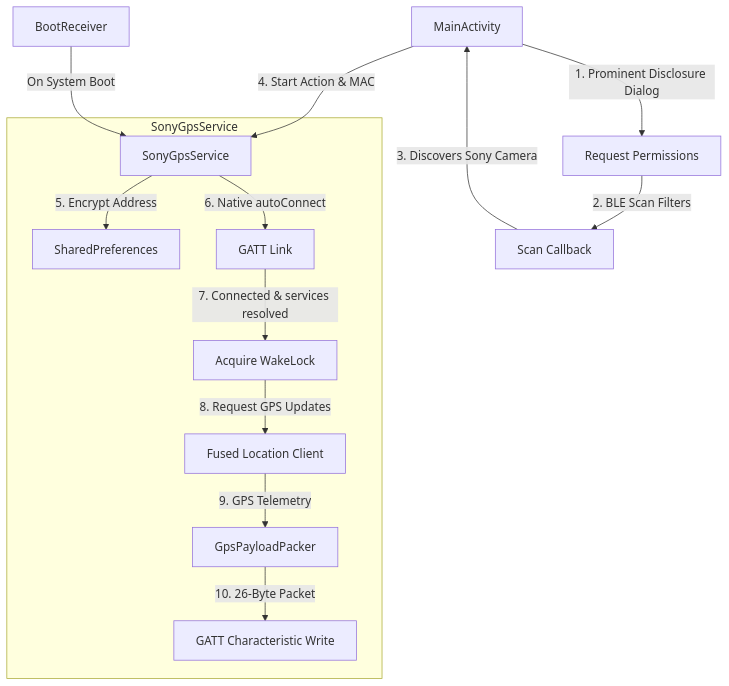
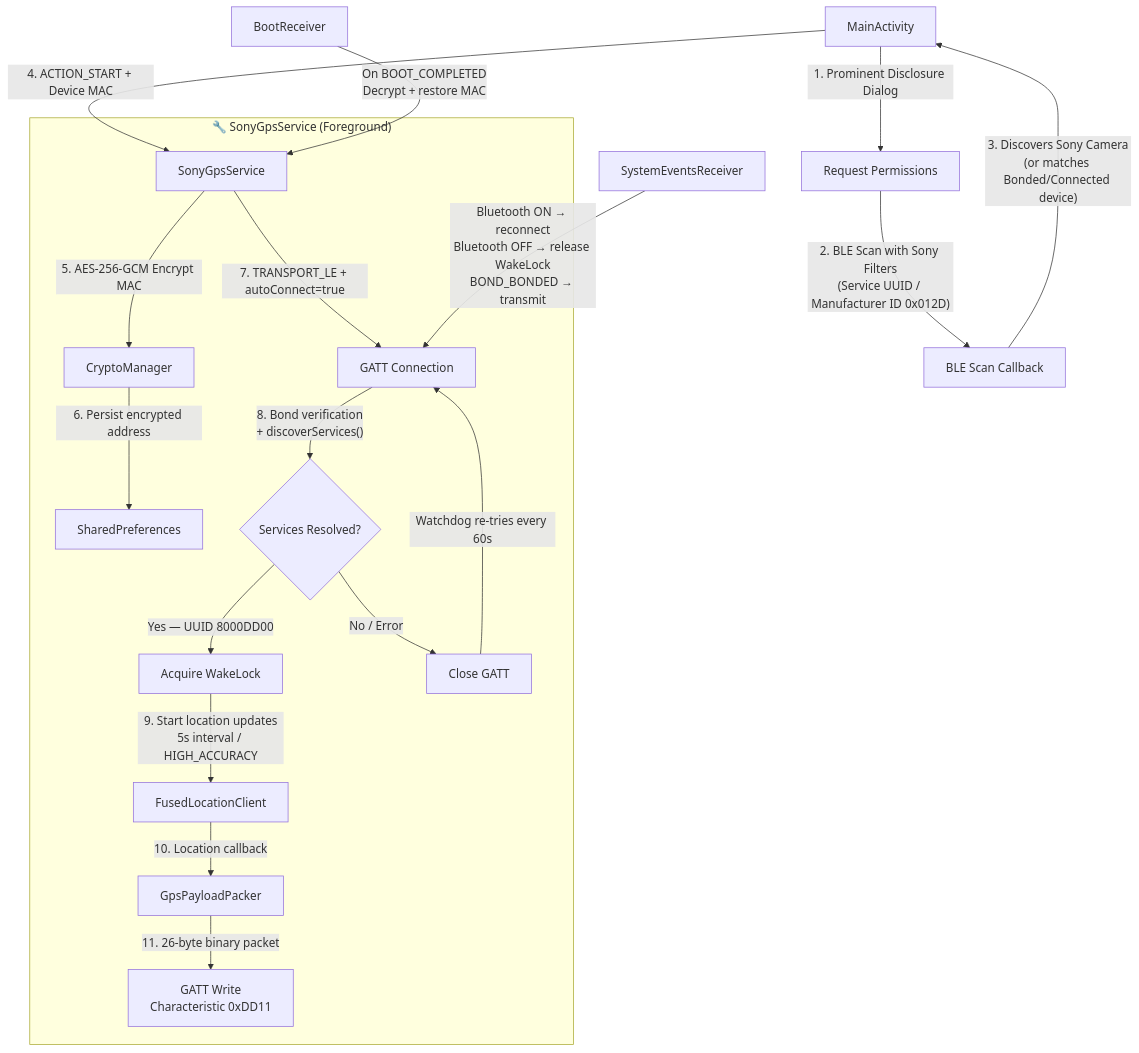
One commit to chifamba/smart-cam-helper changed the first of 2 diagrams in README.md. Above: the diagram before and after it, drawn with Mermaid. The commit also changed other lines of this file and 1 other file, not shown here.

Commit message:
docs: update system architecture documentation and diagrams

````diff
--- a/README.md
+++ b/README.md
@@ -20,18 +26,23 @@
 ```mermaid
 graph TD
-    A[MainActivity] -->|1. Prominent Disclosure Dialog| B[Request Permissions]
-    B -->|2. BLE Scan Filters| C[Scan Callback]
-    C -->|3. Discovers Sony Camera| A
-    A -->|4. Start Action & MAC| D[SonyGpsService]
-    
-    subgraph SonyGpsService
-        D -->|5. Encrypt Address| E[SharedPreferences]
-        D -->|6. Native autoConnect| F[GATT Link]
-        F -->|7. Connected & services resolved| G[Acquire WakeLock]
-        G -->|8. Request GPS Updates| H[Fused Location Client]
-        H -->|9. GPS Telemetry| I[GpsPayloadPacker]
-        I -->|10. 26-Byte Packet| J[GATT Characteristic Write]
+    A[MainActivity] -->|"1. Prominent Disclosure Dialog"| B[Request Permissions]
+    B -->|"2. BLE Scan with Sony Filters\n(Service UUID / Manufacturer ID 0x012D)"| C[BLE Scan Callback]
+    C -->|"3. Discovers Sony Camera\n(or matches Bonded/Connected device)"| A
+    A -->|"4. ACTION_START + Device MAC"| D[SonyGpsService]
+
+    subgraph SonyGpsService["🔧 SonyGpsService (Foreground)"]
+        D -->|"5. AES-256-GCM Encrypt MAC"| E[CryptoManager]
+        E -->|"6. Persist encrypted address"| F[SharedPreferences]
+        D -->|"7. TRANSPORT_LE + autoConnect=true"| G[GATT Connection]
+        G -->|"8. Bond verification\n+ discoverServices()"| H{Services Resolved?}
+        H -->|"Yes — UUID 8000DD00"| I[Acquire WakeLock]
+        I -->|"9. Start location updates\n5s interval / HIGH_ACCURACY"| J[FusedLocationClient]
+        J -->|"10. Location callback"| K[GpsPayloadPacker]
+        K -->|"11. 26-byte binary packet"| L[GATT Write\nCharacteristic 0xDD11]
+        H -->|No / Error| M[Close GATT]
+        M -->|"Watchdog re-tries every 60s"| G
     end
-    
-    K[BootReceiver] -->|On System Boot| D
+
+    N[BootReceiver] -->|"On BOOT_COMPLETED\nDecrypt + restore MAC"| D
+    O[SystemEventsReceiver] -->|"Bluetooth ON → reconnect\nBluetooth OFF → release WakeLock\nBOND_BONDED → transmit"| G
 ```
````
